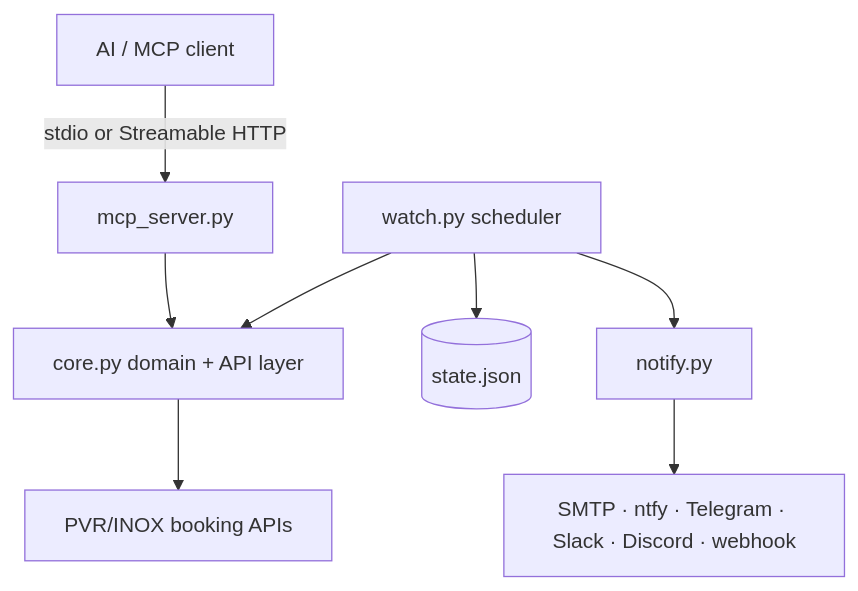
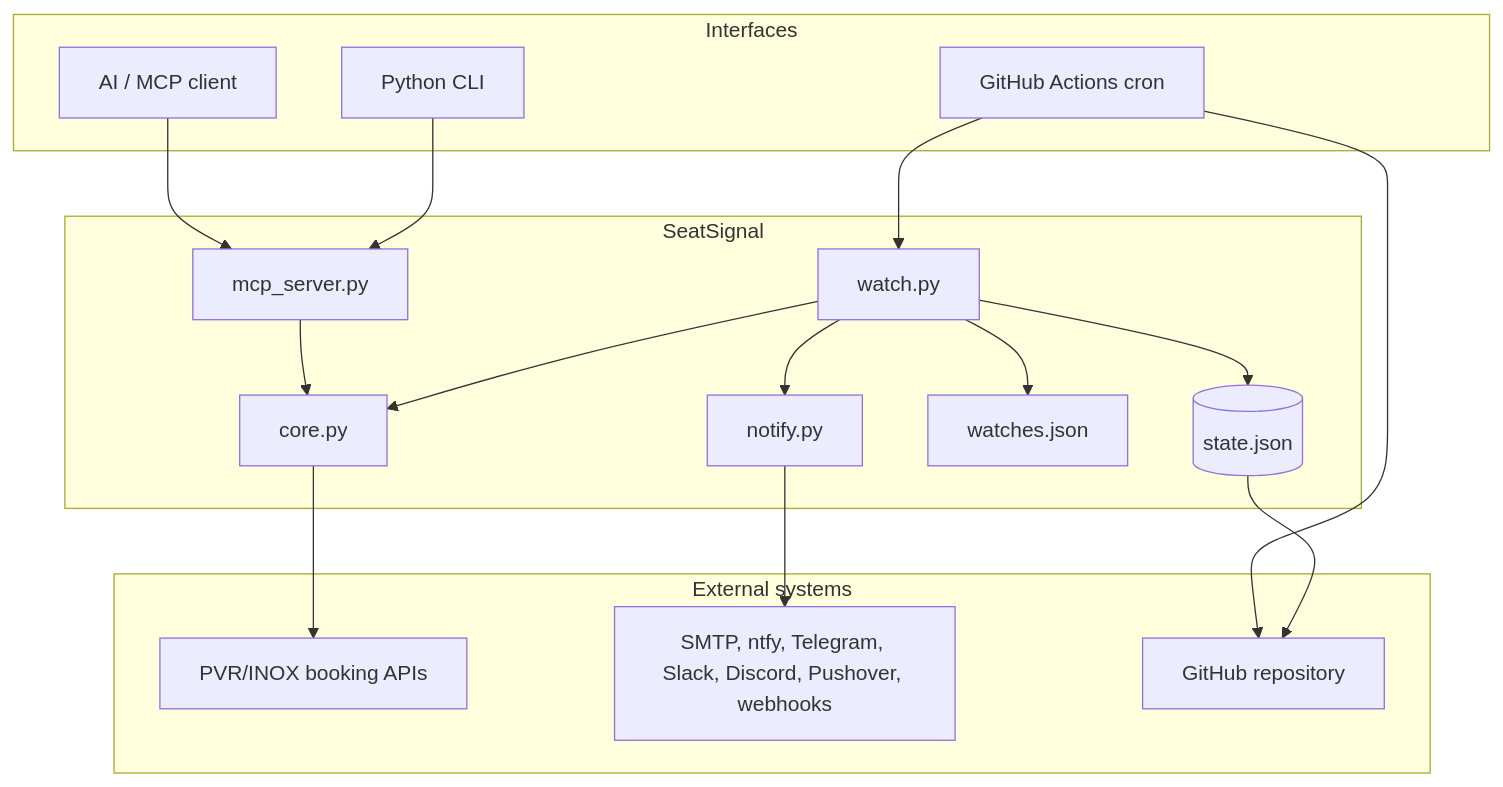
The fifth of 6 diagrams in README.md (koushik-ch/seat-signal), drawn with Mermaid before and after one commit. The commit also changed other lines of this file and 1 other file, not shown here.

````diff
--- a/README.md
+++ b/README.md
@@ -68,10 +246,36 @@
 ```mermaid
 flowchart TB
-    Client[AI / MCP client] -->|stdio or Streamable HTTP| MCP[mcp_server.py]
-    MCP --> Core[core.py domain + API layer]
-    Watch[watch.py scheduler] --> Core
-    Core --> PVR[PVR/INOX booking APIs]
-    Watch --> State[(state.json)]
-    Watch --> Notify[notify.py]
-    Notify --> Channels[SMTP · ntfy · Telegram · Slack · Discord · webhook]
+    subgraph Interfaces
+        AI[AI / MCP client]
+        CLI[Python CLI]
+        ACTIONS[GitHub Actions cron]
+    end
+
+    subgraph SeatSignal
+        MCP[mcp_server.py]
+        WATCH[watch.py]
+        CORE[core.py]
+        NOTIFY[notify.py]
+        CONFIG[watches.json]
+        STATE[(state.json)]
+    end
+
+    subgraph External systems
+        UPSTREAM[PVR/INOX booking APIs]
+        DELIVERY[SMTP, ntfy, Telegram, Slack, Discord, Pushover, webhooks]
+        GIT[GitHub repository]
+    end
+
+    AI --> MCP
+    CLI --> MCP
+    ACTIONS --> WATCH
+    MCP --> CORE
+    WATCH --> CORE
+    WATCH --> CONFIG
+    WATCH --> STATE
+    CORE --> UPSTREAM
+    WATCH --> NOTIFY
+    NOTIFY --> DELIVERY
+    ACTIONS --> GIT
+    STATE --> GIT
 ```
````
